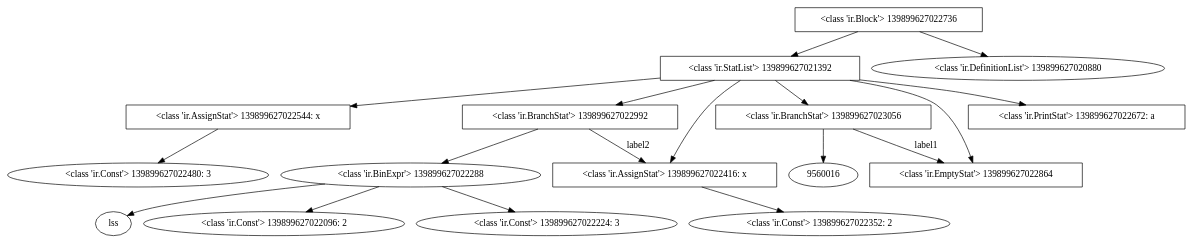
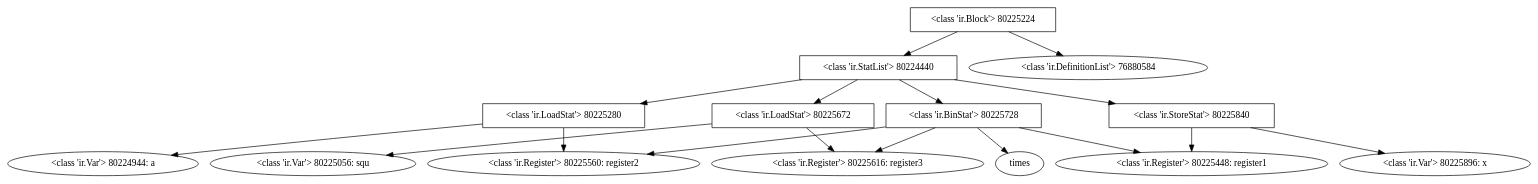
The diagram in log.dot (AloveIs/COT_lab), drawn with Graphviz before and after one commit.

Commit message:
Completed the generation of lowering functions for the binexpr and the assign statement

```diff
--- a/log.dot
+++ b/log.dot
@@ -1,34 +1,32 @@
 digraph G {
-139899627022736 [shape=box,label="<class 'ir.Block'> 139899627022736" ];
-139899627022736 -> 139899627021392;
-139899627022736 -> 139899627020880;
-139899627021392 [shape=box,label="<class 'ir.StatList'> 139899627021392" ];
-139899627021392 -> 139899627022992 [pos=0];
-139899627021392 -> 139899627022544 [pos=1];
-139899627021392 -> 139899627023056 [pos=2];
-139899627021392 -> 139899627022416 [pos=3];
-139899627021392 -> 139899627022864 [pos=4];
-139899627021392 -> 139899627022672 [pos=5];
-139899627022992 [shape=box,label="<class 'ir.BranchStat'> 139899627022992" ];
-139899627022992 -> 139899627022288;
-139899627022992 -> 139899627022416 [label=label2];
-139899627022288 [label="<class 'ir.BinExpr'> 139899627022288" ];
-139899627022288 -> 139899627109752 [pos=0];
-139899627109752 [label=lss];
-139899627022288 -> 139899627022096 [pos=1];
-139899627022288 -> 139899627022224 [pos=2];
-139899627022096 [label="<class 'ir.Const'> 139899627022096: 2" ];
-139899627022224 [label="<class 'ir.Const'> 139899627022224: 3" ];
-139899627022544 [shape=box,label="<class 'ir.AssignStat'> 139899627022544: x" ];
-139899627022544 -> 139899627022480;
-139899627022480 [label="<class 'ir.Const'> 139899627022480: 3" ];
-139899627023056 [shape=box,label="<class 'ir.BranchStat'> 139899627023056" ];
-139899627023056 -> 9560016;
-139899627023056 -> 139899627022864 [label=label1];
-139899627022416 [shape=box,label="<class 'ir.AssignStat'> 139899627022416: x" ];
-139899627022416 -> 139899627022352;
-139899627022352 [label="<class 'ir.Const'> 139899627022352: 2" ];
-139899627022864 [shape=box,label="<class 'ir.EmptyStat'> 139899627022864" ];
-139899627022672 [shape=box,label="<class 'ir.PrintStat'> 139899627022672: a" ];
-139899627020880 [label="<class 'ir.DefinitionList'> 139899627020880" ];
+80225224 [shape=box,label="<class 'ir.Block'> 80225224" ];
+80225224 -> 80224440;
+80225224 -> 76880584;
+80224440 [shape=box,label="<class 'ir.StatList'> 80224440" ];
+80224440 -> 80225280 [pos=0];
+80224440 -> 80225672 [pos=1];
+80224440 -> 80225728 [pos=2];
+80224440 -> 80225840 [pos=3];
+80225280 [shape=box,label="<class 'ir.LoadStat'> 80225280" ];
+80225280 -> 80224944 [pos=0];
+80225280 -> 80225560 [pos=1];
+80224944 [label="<class 'ir.Var'> 80224944: a" ];
+80225560 [label="<class 'ir.Register'> 80225560: register2" ];
+80225672 [shape=box,label="<class 'ir.LoadStat'> 80225672" ];
+80225672 -> 80225056 [pos=0];
+80225672 -> 80225616 [pos=1];
+80225056 [label="<class 'ir.Var'> 80225056: squ" ];
+80225616 [label="<class 'ir.Register'> 80225616: register3" ];
+80225728 [shape=box,label="<class 'ir.BinStat'> 80225728" ];
+80225728 -> 75124448 [pos=0];
+75124448 [label=times];
+80225728 -> 80225560 [pos=1];
+80225728 -> 80225616 [pos=2];
+80225728 -> 80225448 [pos=3];
+80225448 [label="<class 'ir.Register'> 80225448: register1" ];
+80225840 [shape=box,label="<class 'ir.StoreStat'> 80225840" ];
+80225840 -> 80225896 [pos=0];
+80225840 -> 80225448 [pos=1];
+80225896 [label="<class 'ir.Var'> 80225896: x" ];
+76880584 [label="<class 'ir.DefinitionList'> 76880584" ];
 }
```
